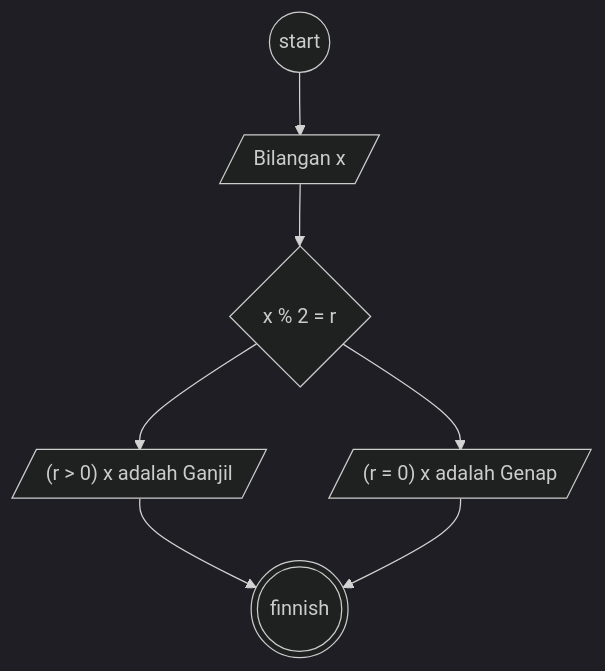
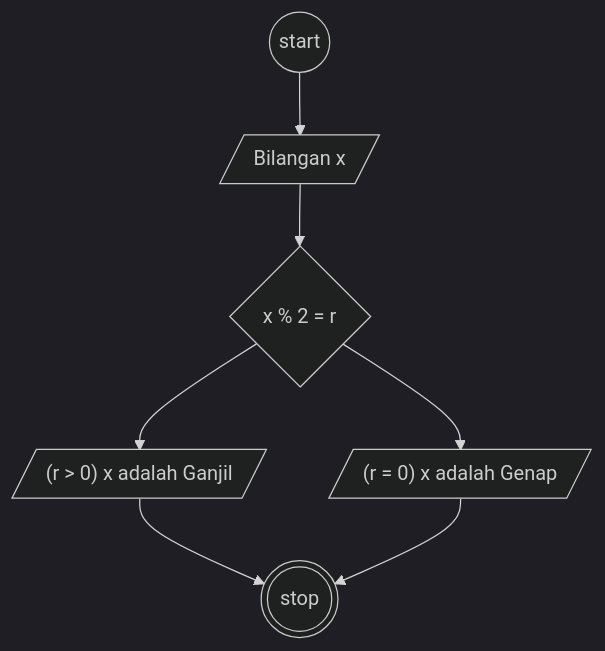
One commit to bildanjhry/Koda-b8-Algoritma changed the diagram in ganjil-genap.md. Above: the diagram before and after it, drawn with Mermaid (dark theme).

````diff
--- a/ganjil-genap.md
+++ b/ganjil-genap.md
@@ -17,17 +17,17 @@
 ```mermaid
 flowchart TD
 
 start@{shape: circle, label: "start"}
 num@{shape: lean-r, label: "Bilangan x"}
 con@{shape: diam, label: "x % 2 = r"}
 outputGenap@{shape: lean-r, label: "(r = 0)  x adalah Genap"}
 outputGanjil@{shape: lean-r, label: "(r > 0) x adalah Ganjil"}
-finnish@{shape: double-circle, "stop"}
+finnish@{shape: double-circle, label: "stop"}
 
 start-->num-->con
 con-->outputGanjil
 con-->outputGenap
 outputGanjil-->finnish
 outputGenap-->finnish
 
 ```
````
